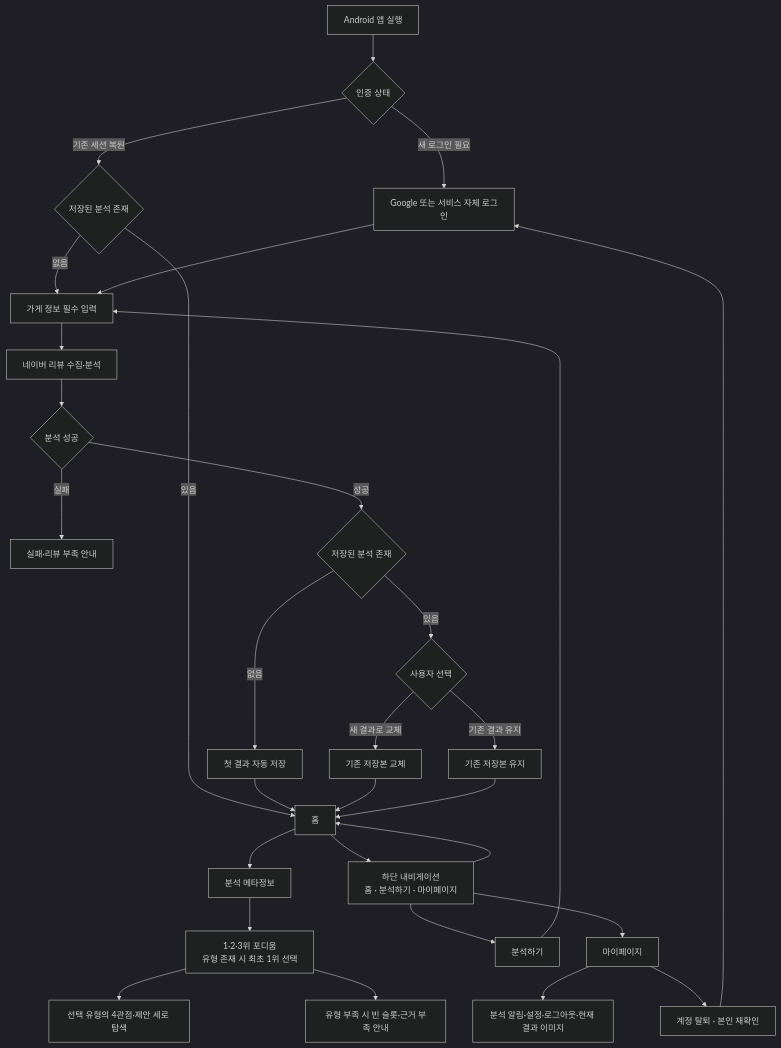
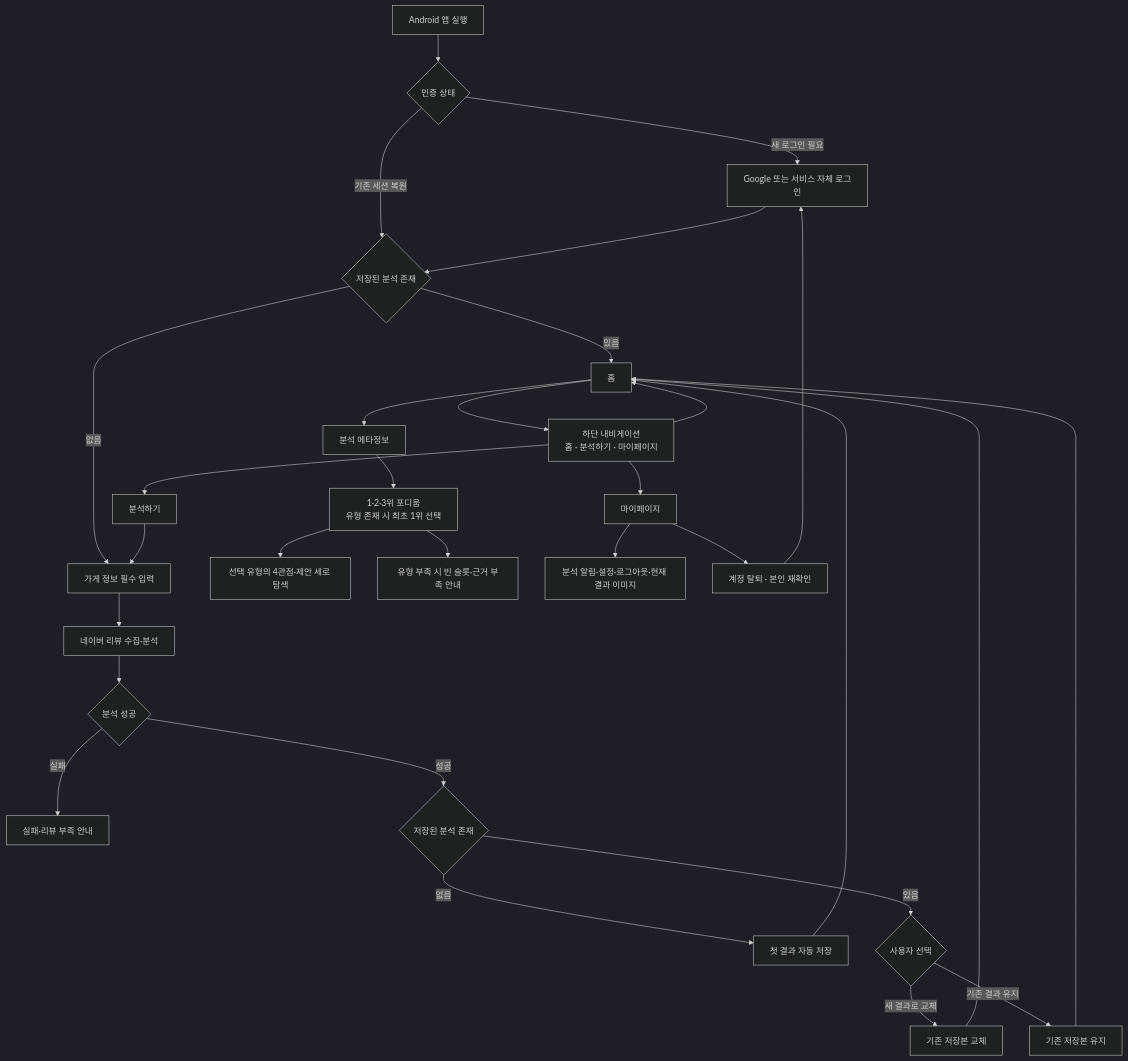
The diagram in docs/product/requirements/USER_FLOW.md (SKUnohtaekyung/PULSE_SCC), drawn with Mermaid (dark theme) before and after one commit. The commit also changed other lines of this file and 4 other files, not shown here.

````diff
--- a/docs/product/requirements/USER_FLOW.md
+++ b/docs/product/requirements/USER_FLOW.md
@@ -35,32 +35,32 @@
 ```mermaid
 flowchart TD
     A[Android 앱 실행] --> B{인증 상태}
     B -- 새 로그인 필요 --> C[Google 또는 서비스 자체 로그인]
     B -- 기존 세션 복원 --> Z{저장된 분석 존재}
     Z -- 있음 --> H[홈]
-    Z -- 없음 --> D
-    C --> D[가게 정보 필수 입력]
+    Z -- 없음 --> D[가게 정보 필수 입력]
+    C --> Z
     D --> E[네이버 리뷰 수집·분석]
     E --> F{분석 성공}
     F -- 실패 --> G[실패·리뷰 부족 안내]
     F -- 성공 --> S{저장된 분석 존재}
     S -- 없음 --> T[첫 결과 자동 저장]
     T --> H
     S -- 있음 --> U{사용자 선택}
     U -- 새 결과로 교체 --> V[기존 저장본 교체]
     U -- 기존 결과 유지 --> W[기존 저장본 유지]
     V --> H
     W --> H
     H --> M[분석 메타정보]
     M --> P[1·2·3위 포디움<br/>유형 존재 시 최초 1위 선택]
     P --> Q[선택 유형의 4관점·제안 세로 탐색]
     P --> P1[유형 부족 시 빈 슬롯·근거 부족 안내]
     H --> N[하단 내비게이션<br/>홈 · 분석하기 · 마이페이지]
     N --> H
     N --> X[분석하기]
     X --> D
     N --> Y[마이페이지]
     Y --> Y1[분석 알림·설정·로그아웃·현재 결과 이미지]
     Y --> Y2[계정 탈퇴 · 본인 재확인]
     Y2 --> C
 ```
````
